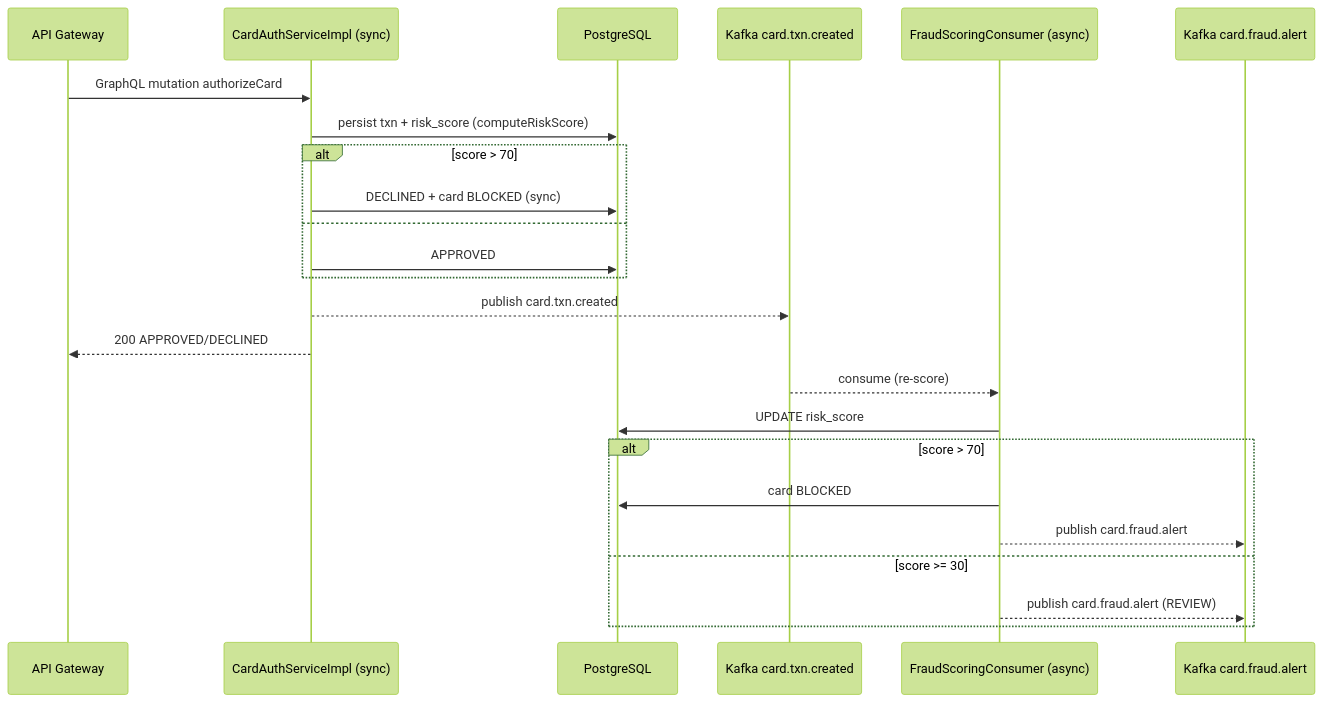
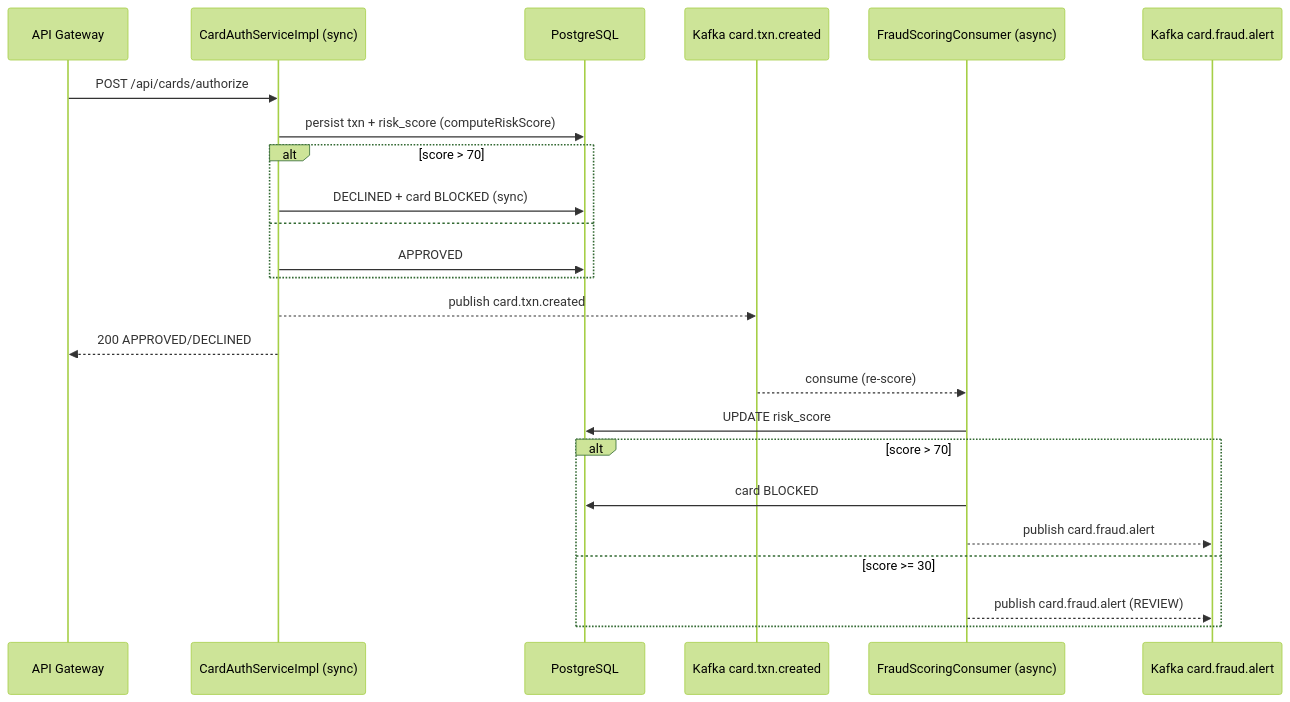
The seventh of 13 diagrams in README.md (MamangRust/microservice-payment-gateway-quarkus-graphql), drawn with Mermaid (forest theme) before and after one commit. The commit also changed other lines of this file and 383 other files, not shown here.

````diff
--- a/README.md
+++ b/README.md
@@ -483,27 +483,27 @@
 ```mermaid
 sequenceDiagram
     participant GW as API Gateway
     participant AUTH as CardAuthServiceImpl (sync)
     participant DB as PostgreSQL
     participant K1 as Kafka card.txn.created
     participant FSC as FraudScoringConsumer (async)
     participant K2 as Kafka card.fraud.alert
 
-    GW->>AUTH: GraphQL mutation authorizeCard
+    GW->>AUTH: POST /api/cards/authorize
     AUTH->>DB: persist txn + risk_score (computeRiskScore)
     alt score > 70
         AUTH->>DB: DECLINED + card BLOCKED (sync)
     else
         AUTH->>DB: APPROVED
     end
     AUTH-->>K1: publish card.txn.created
     AUTH-->>GW: 200 APPROVED/DECLINED
     K1-->>FSC: consume (re-score)
     FSC->>DB: UPDATE risk_score
     alt score > 70
         FSC->>DB: card BLOCKED
         FSC-->>K2: publish card.fraud.alert
     else score >= 30
         FSC-->>K2: publish card.fraud.alert (REVIEW)
     end
 ```
````
